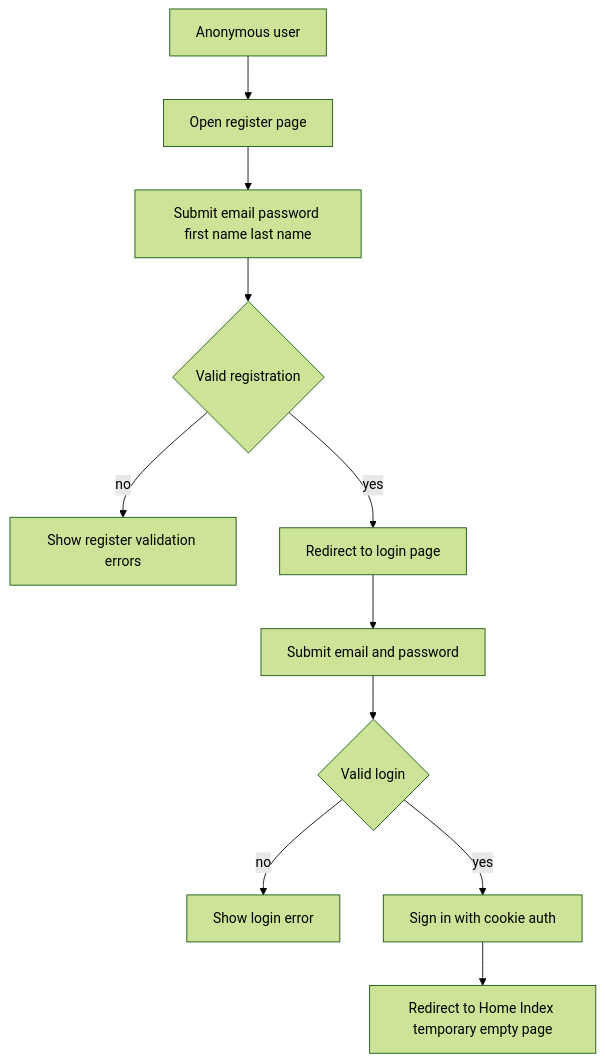
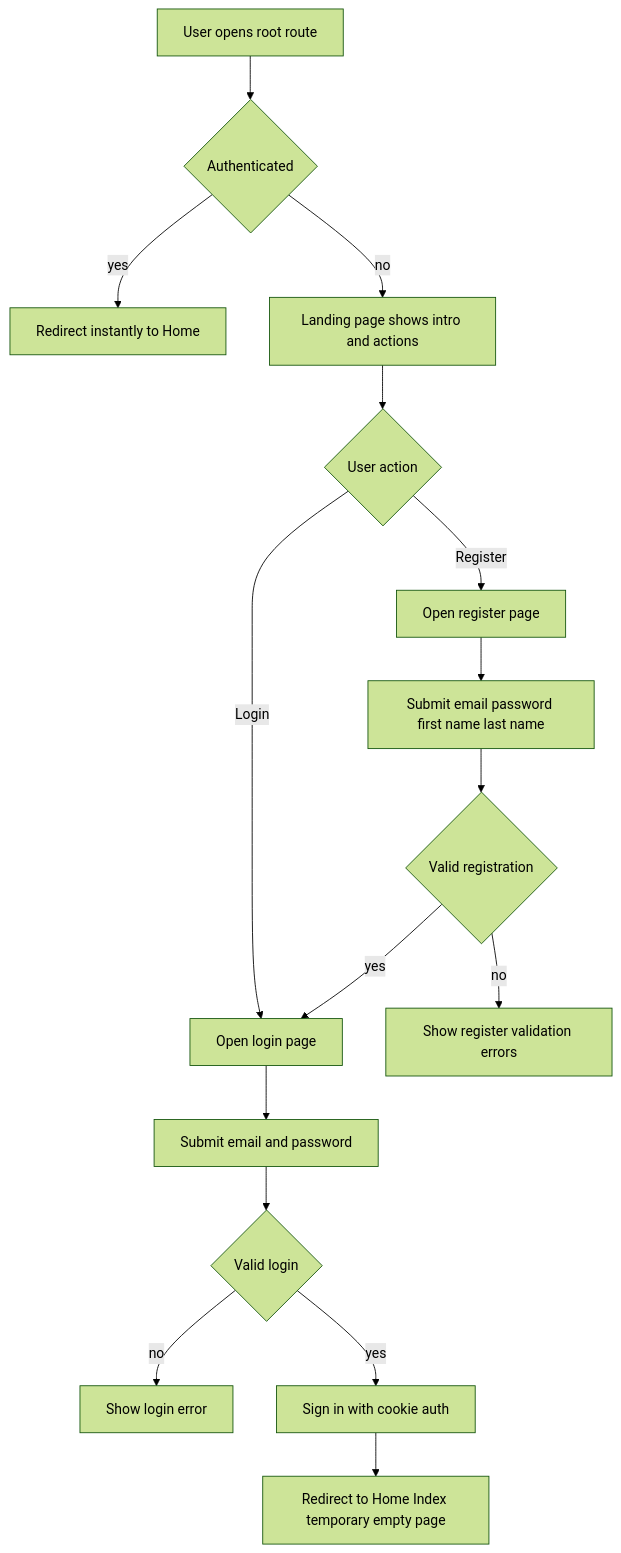
Before and after one commit to mamarrr/mamarr-cs-course-project-onion: the diagram in plans/onboarding/plan.md, drawn with Mermaid (forest theme). The commit also changed other lines of this file and 158 other files, not shown here.

````diff
--- a/plans/onboarding/plan.md
+++ b/plans/onboarding/plan.md
@@ -118,13 +157,18 @@
 ```mermaid
 flowchart TD
-    A[Anonymous user] --> B[Open register page]
-    B --> C[Submit email password first name last name]
-    C --> D{Valid registration}
-    D -- no --> E[Show register validation errors]
-    D -- yes --> F[Redirect to login page]
-    F --> G[Submit email and password]
-    G --> H{Valid login}
-    H -- no --> I[Show login error]
-    H -- yes --> J[Sign in with cookie auth]
-    J --> K[Redirect to Home Index temporary empty page]
+    A[User opens root route] --> B{Authenticated}
+    B -- yes --> C[Redirect instantly to Home]
+    B -- no --> D[Landing page shows intro and actions]
+    D --> E{User action}
+    E -- Register --> F[Open register page]
+    E -- Login --> G[Open login page]
+    F --> H[Submit email password first name last name]
+    H --> I{Valid registration}
+    I -- no --> J[Show register validation errors]
+    I -- yes --> G
+    G --> K[Submit email and password]
+    K --> L{Valid login}
+    L -- no --> M[Show login error]
+    L -- yes --> N[Sign in with cookie auth]
+    N --> O[Redirect to Home Index temporary empty page]
 ```
````
